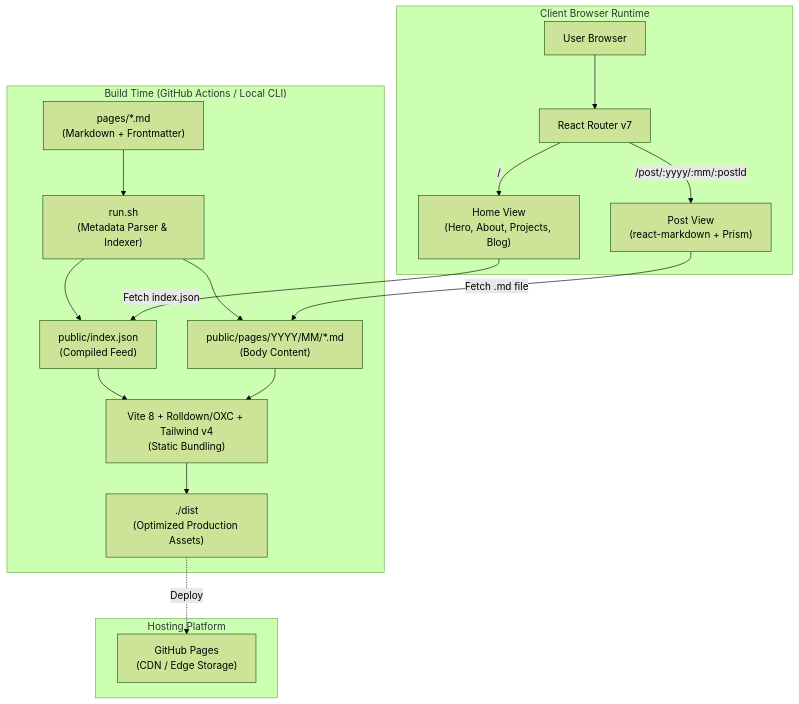
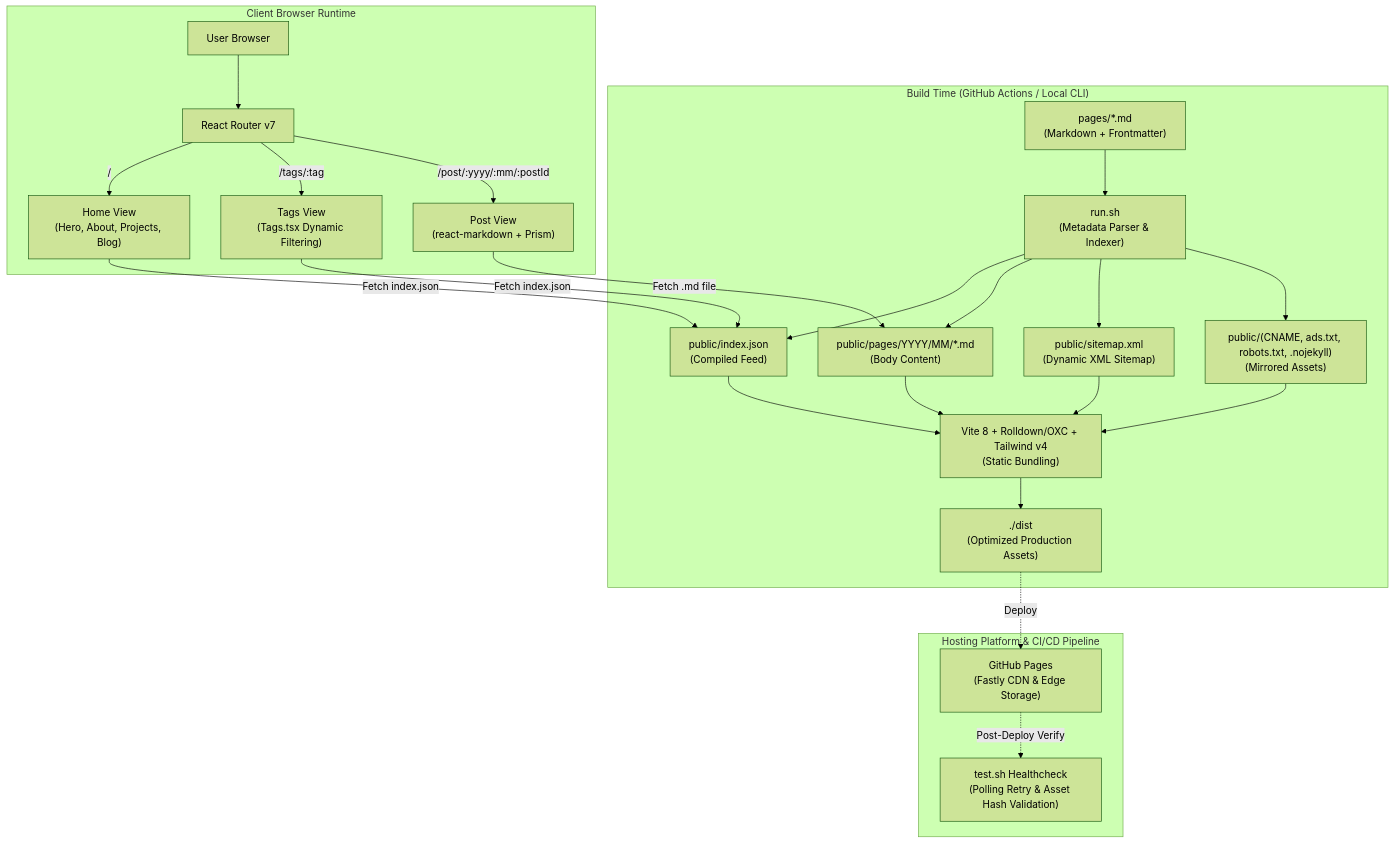
One commit to KAnggara75/KAnggara75.github.io changed the diagram in .context/ARCHITECTURE.md. Above: the diagram before and after it, drawn with Mermaid (forest theme). The commit also changed other lines of this file, not shown here.

Commit message:
docs(context): update component architecture diagrams and data lifecycles

````diff
--- a/.context/ARCHITECTURE.md
+++ b/.context/ARCHITECTURE.md
@@ -11,36 +11,47 @@
 ```mermaid
 graph TD
     subgraph BuildTime ["Build Time (GitHub Actions / Local CLI)"]
         RawPages["pages/*.md<br/>(Markdown + Frontmatter)"]
         RunSh["run.sh<br/>(Metadata Parser & Indexer)"]
         IndexJSON["public/index.json<br/>(Compiled Feed)"]
         PublicPages["public/pages/YYYY/MM/*.md<br/>(Body Content)"]
+        SitemapXML["public/sitemap.xml<br/>(Dynamic XML Sitemap)"]
+        StaticAssets["public/(CNAME, ads.txt, robots.txt, .nojekyll)<br/>(Mirrored Assets)"]
         ViteBuild["Vite 8 + Rolldown/OXC + Tailwind v4<br/>(Static Bundling)"]
         DistFolder["./dist<br/>(Optimized Production Assets)"]
 
         RawPages --> RunSh
         RunSh --> IndexJSON
         RunSh --> PublicPages
+        RunSh --> SitemapXML
+        RunSh --> StaticAssets
         IndexJSON --> ViteBuild
         PublicPages --> ViteBuild
+        SitemapXML --> ViteBuild
+        StaticAssets --> ViteBuild
         ViteBuild --> DistFolder
     end
 
     subgraph ClientBrowser ["Client Browser Runtime"]
         Browser["User Browser"]
         Router["React Router v7"]
         HomePage["Home View<br/>(Hero, About, Projects, Blog)"]
         PostPage["Post View<br/>(react-markdown + Prism)"]
+        TagsPage["Tags View<br/>(Tags.tsx Dynamic Filtering)"]
 
         Browser --> Router
         Router -->|/| HomePage
+        Router -->|/tags/:tag| TagsPage
         Router -->|/post/:yyyy/:mm/:postId| PostPage
         HomePage -->|Fetch index.json| IndexJSON
+        TagsPage -->|Fetch index.json| IndexJSON
         PostPage -->|Fetch .md file| PublicPages
     end
 
-    subgraph Hosting ["Hosting Platform"]
-        GH["GitHub Pages<br/>(CDN / Edge Storage)"]
+    subgraph Hosting ["Hosting Platform & CI/CD Pipeline"]
+        GH["GitHub Pages<br/>(Fastly CDN & Edge Storage)"]
+        TestSh["test.sh Healthcheck<br/>(Polling Retry & Asset Hash Validation)"]
         DistFolder -.->|Deploy| GH
+        GH -.->|Post-Deploy Verify| TestSh
     end
 ```
````
